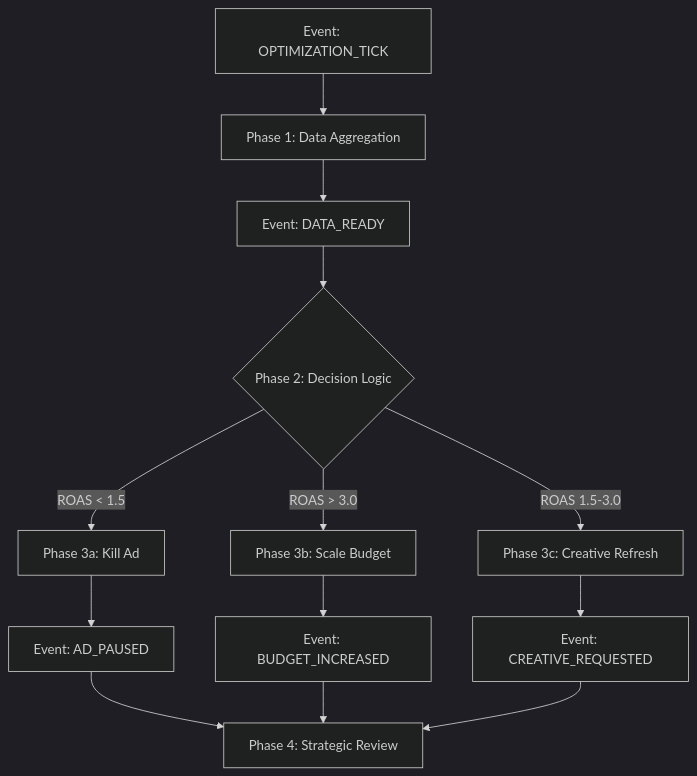
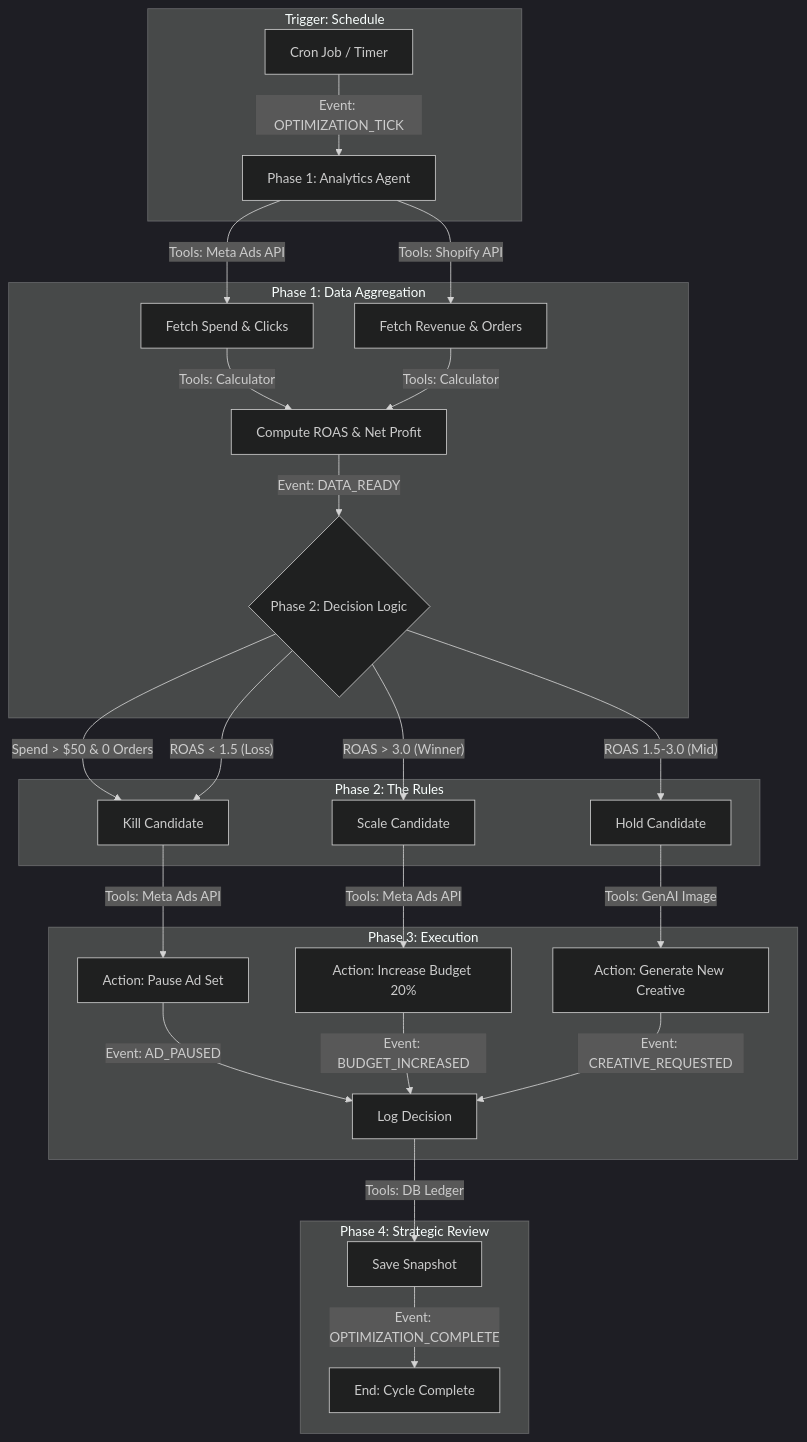
One commit to andylelli/ds1 changed the diagram in Documentation/Workflows/WORKFLOW_OPTIMIZATION.md. Above: the diagram before and after it, drawn with Mermaid (dark theme). The commit also changed 2 other files, not shown here.

````diff
--- a/Documentation/Workflows/WORKFLOW_OPTIMIZATION.md
+++ b/Documentation/Workflows/WORKFLOW_OPTIMIZATION.md
@@ -11,13 +11,36 @@
 ```mermaid
 graph TD
-    A[Event: OPTIMIZATION_TICK] --> B[Phase 1: Data Aggregation]
-    B --> C[Event: DATA_READY]
-    C --> D{Phase 2: Decision Logic}
-    D -- ROAS < 1.5 --> E[Phase 3a: Kill Ad]
-    D -- ROAS > 3.0 --> F[Phase 3b: Scale Budget]
-    D -- ROAS 1.5-3.0 --> G[Phase 3c: Creative Refresh]
-    E --> H[Event: AD_PAUSED]
-    F --> I[Event: BUDGET_INCREASED]
-    G --> J[Event: CREATIVE_REQUESTED]
-    H & I & J --> K[Phase 4: Strategic Review]
+    subgraph "Trigger: Schedule"
+        Cron[Cron Job / Timer] -->|Event: OPTIMIZATION_TICK| Analyst[Phase 1: Analytics Agent]
+    end
+
+    subgraph "Phase 1: Data Aggregation"
+        Analyst -->|Tools: Meta Ads API| Ads[Fetch Spend & Clicks]
+        Analyst -->|Tools: Shopify API| Sales[Fetch Revenue & Orders]
+        Ads & Sales -->|Tools: Calculator| ROAS[Compute ROAS & Net Profit]
+        ROAS -->|Event: DATA_READY| Decision{Phase 2: Decision Logic}
+    end
+
+    subgraph "Phase 2: The Rules"
+        Decision -- "Spend > $50 & 0 Orders" --> Kill[Kill Candidate]
+        Decision -- "ROAS < 1.5 (Loss)" --> Kill
+        Decision -- "ROAS > 3.0 (Winner)" --> Scale[Scale Candidate]
+        Decision -- "ROAS 1.5-3.0 (Mid)" --> Hold[Hold Candidate]
+    end
+
+    subgraph "Phase 3: Execution"
+        Kill -->|Tools: Meta Ads API| Pause[Action: Pause Ad Set]
+        Pause -->|Event: AD_PAUSED| Report
+        
+        Scale -->|Tools: Meta Ads API| Boost[Action: Increase Budget 20%]
+        Boost -->|Event: BUDGET_INCREASED| Report
+
+        Hold -->|Tools: GenAI Image| Creative[Action: Generate New Creative]
+        Creative -->|Event: CREATIVE_REQUESTED| Report
+    end
+
+    subgraph "Phase 4: Strategic Review"
+        Report[Log Decision] -->|Tools: DB Ledger| DB[Save Snapshot]
+        DB -->|Event: OPTIMIZATION_COMPLETE| Done[End: Cycle Complete]
+    end
 ```
````
